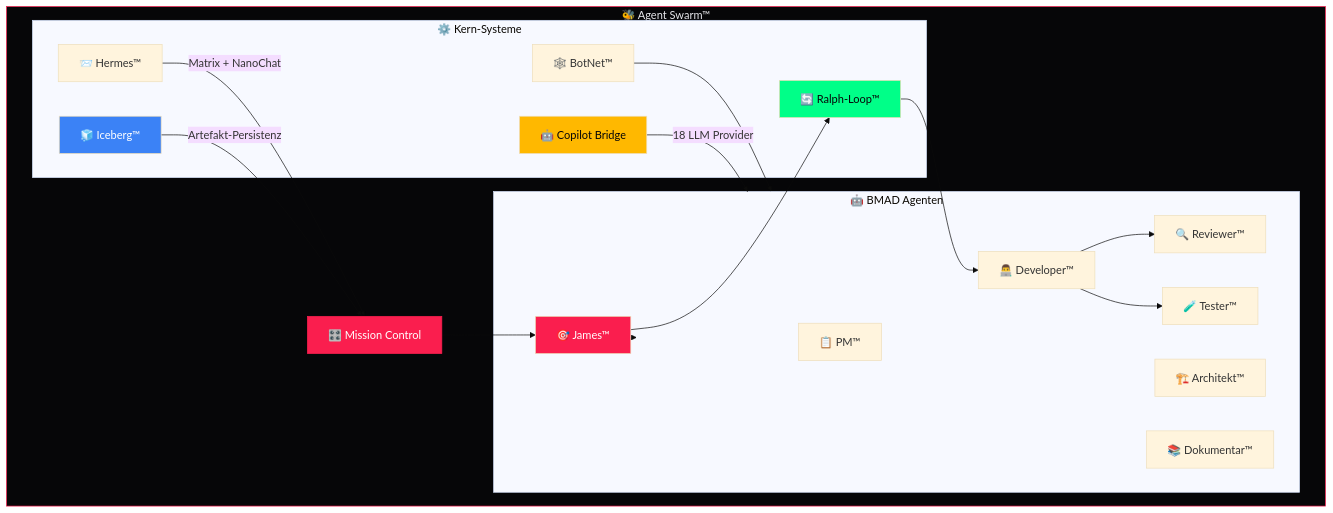
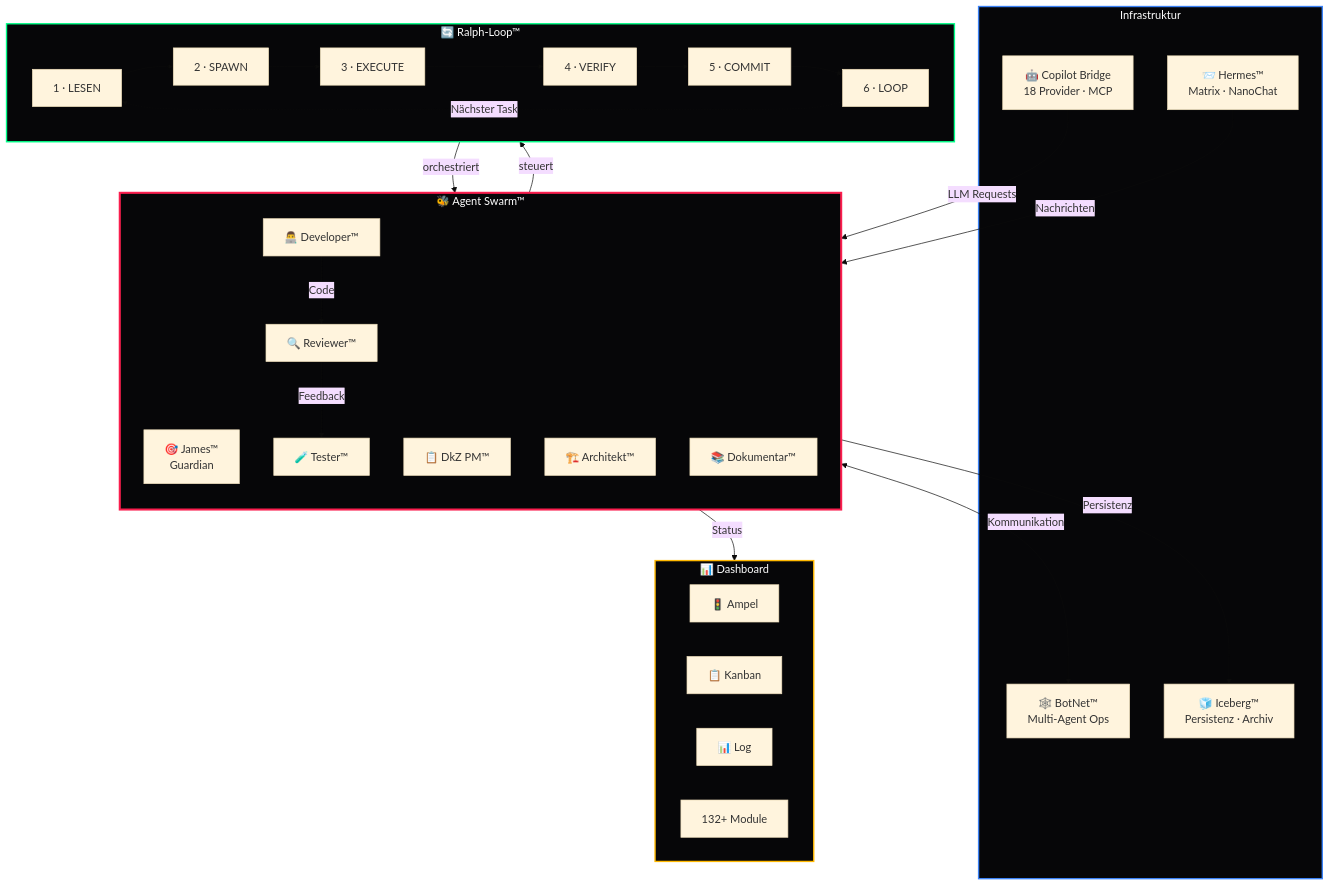
Before and after one commit to D-VKITZ/agent-swarm: the diagram in README.md, drawn with Mermaid (base theme). The commit also changed other lines of this file and 6 other files, not shown here.

Commit message:
feat(swarm): Premium READMEs — 27 Badges, Dashboard, MCP, 18 Provider

````diff
--- a/README.md
+++ b/README.md
@@ -22,42 +60,51 @@
 ```mermaid
 graph TB
     subgraph SWARM["🐝 Agent Swarm™"]
-        MC["🎛️ Mission Control"]
-        
-        subgraph AGENTS["🤖 BMAD Agenten"]
-            J["🎯 James™"]
-            PM["📋 PM™"]
-            A["🏗️ Architekt™"]
-            D["👨‍💻 Developer™"]
-            R["🔍 Reviewer™"]
-            T["🧪 Tester™"]
-            DOK["📚 Dokumentar™"]
-        end
-        
-        subgraph SYSTEMS["⚙️ Kern-Systeme"]
-            BN["🕸️ BotNet™"]
-            CB["🤖 Copilot Bridge"]
-            H["📨 Hermes™"]
-            ICE["🧊 Iceberg™"]
-            RL["🔄 Ralph-Loop™"]
-        end
+        direction TB
+        JAMES["🎯 James™<br/>Guardian"]
+        PM["📋 DkZ PM™"]
+        ARCH["🏗️ Architekt™"]
+        DEV["👨‍💻 Developer™"]
+        REV["🔍 Reviewer™"]
+        TEST["🧪 Tester™"]
+        DOC["📚 Dokumentar™"]
     end
-    
-    MC --> J
-    J --> AGENTS
-    J --> RL
-    RL --> D
-    D --> R
-    D --> T
-    BN --> AGENTS
-    CB --> |"18 LLM Provider"| AGENTS
-    H --> |"Matrix + NanoChat"| MC
-    ICE --> |"Artefakt-Persistenz"| MC
-    
-    style SWARM fill:#060608,color:#e8e8ec,stroke:#fa1e4e
-    style MC fill:#fa1e4e,color:#fff,stroke:#fa1e4e
-    style J fill:#fa1e4e,color:#fff
-    style RL fill:#00ff88,color:#060608
-    style CB fill:#ffb800,color:#060608
-    style ICE fill:#3b82f6,color:#fff
+
+    subgraph RALPH["🔄 Ralph-Loop™"]
+        R1["1 · LESEN"] --> R2["2 · SPAWN"]
+        R2 --> R3["3 · EXECUTE"]
+        R3 --> R4["4 · VERIFY"]
+        R4 --> R5["5 · COMMIT"]
+        R5 --> R6["6 · LOOP"]
+        R6 -.->|Nächster Task| R1
+    end
+
+    subgraph INFRA["Infrastruktur"]
+        BOTNET["🕸️ BotNet™<br/>Multi-Agent Ops"]
+        COPILOT["🤖 Copilot Bridge<br/>18 Provider · MCP"]
+        HERMES["📨 Hermes™<br/>Matrix · NanoChat"]
+        ICEBERG["🧊 Iceberg™<br/>Persistenz · Archiv"]
+    end
+
+    subgraph DASH["📊 Dashboard"]
+        AMPEL["🚦 Ampel"]
+        KANBAN["📋 Kanban"]
+        LOG["📊 Log"]
+        MODS["132+ Module"]
+    end
+
+    JAMES -->|steuert| RALPH
+    RALPH -->|orchestriert| DEV
+    DEV -->|Code| REV
+    REV -->|Feedback| TEST
+    SWARM <-->|Kommunikation| BOTNET
+    COPILOT -->|LLM Requests| SWARM
+    HERMES -->|Nachrichten| SWARM
+    SWARM -->|Persistenz| ICEBERG
+    SWARM -->|Status| DASH
+
+    style SWARM fill:#060608,stroke:#fa1e4e,stroke-width:3px,color:#ffffff
+    style RALPH fill:#060608,stroke:#00ff88,stroke-width:2px,color:#ffffff
+    style INFRA fill:#060608,stroke:#3b82f6,stroke-width:2px,color:#ffffff
+    style DASH fill:#060608,stroke:#ffb800,stroke-width:2px,color:#ffffff
 ```
````
